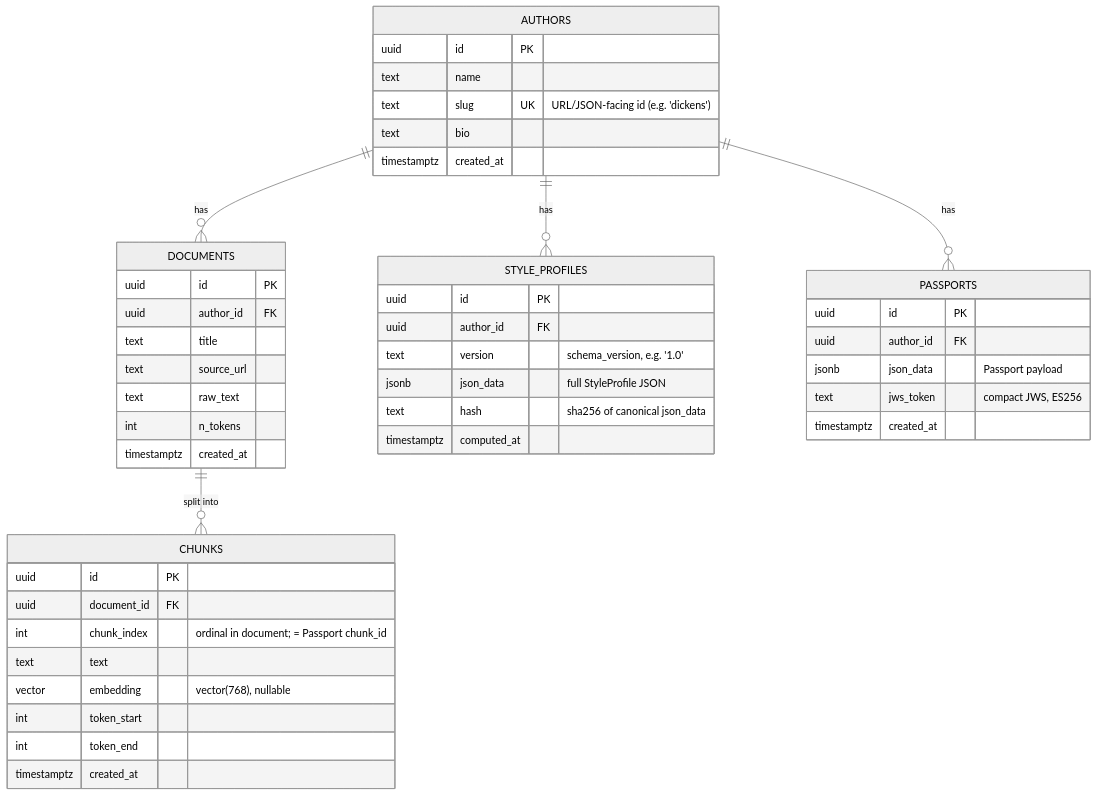
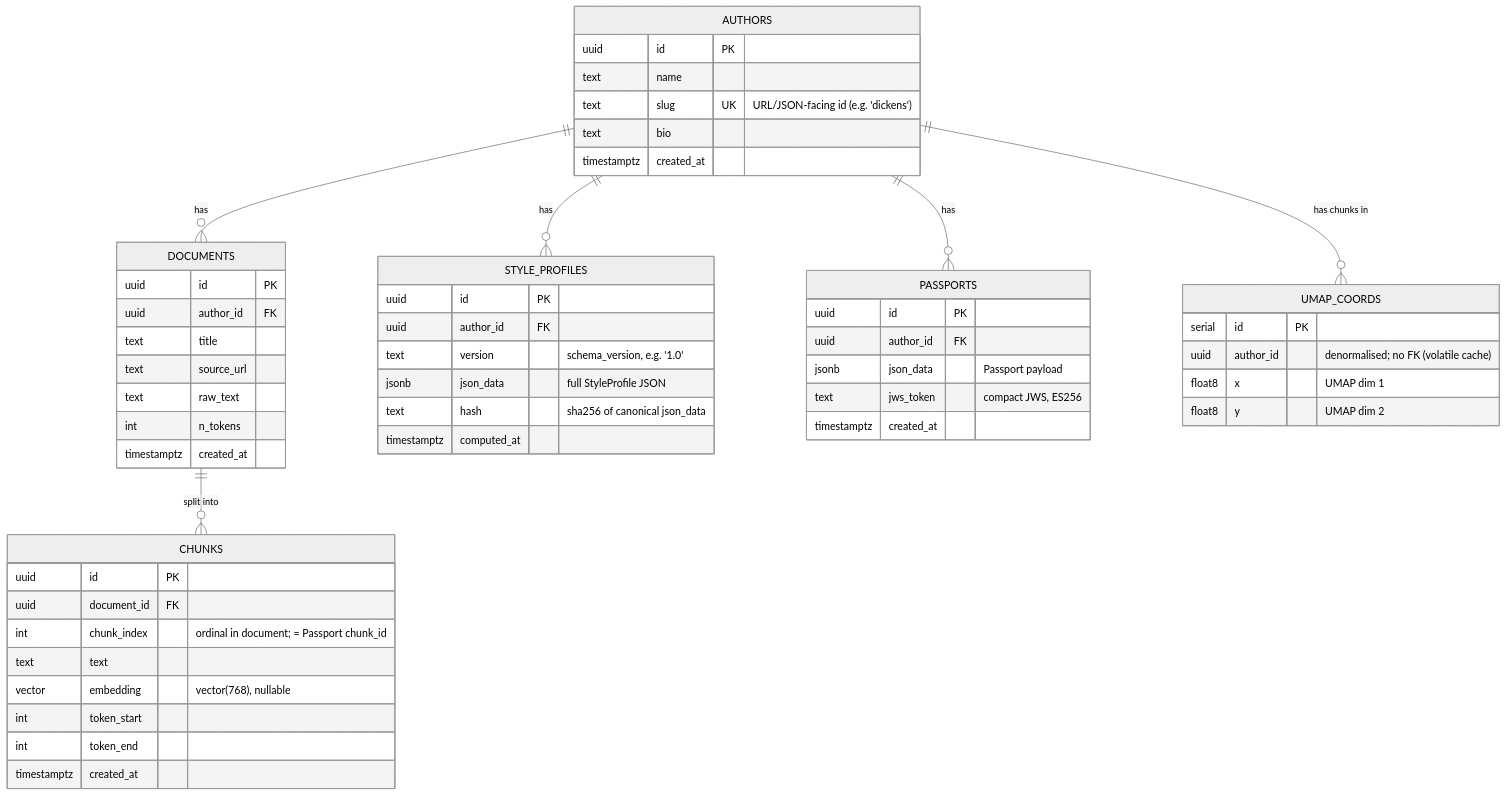
Before and after one commit to sergi-torres/AuthorAI: the diagram in docs/erd.md, drawn with Mermaid (neutral theme). The commit also changed other lines of this file and 4 other files, not shown here.

````diff
--- a/docs/erd.md
+++ b/docs/erd.md
@@ -34,53 +36,61 @@
 ```mermaid
 erDiagram
     AUTHORS ||--o{ DOCUMENTS       : "has"
     AUTHORS ||--o{ STYLE_PROFILES  : "has"
     AUTHORS ||--o{ PASSPORTS       : "has"
     DOCUMENTS ||--o{ CHUNKS        : "split into"
+    AUTHORS ||--o{ UMAP_COORDS     : "has chunks in"
 
     AUTHORS {
         uuid        id PK
         text        name
         text        slug UK "URL/JSON-facing id (e.g. 'dickens')"
         text        bio
         timestamptz created_at
     }
 
     DOCUMENTS {
         uuid        id PK
         uuid        author_id FK
         text        title
         text        source_url
         text        raw_text
         int         n_tokens
         timestamptz created_at
     }
 
     CHUNKS {
         uuid        id PK
         uuid        document_id FK
         int         chunk_index "ordinal in document; = Passport chunk_id"
         text        text
         vector      embedding "vector(768), nullable"
         int         token_start
         int         token_end
         timestamptz created_at
     }
 
     STYLE_PROFILES {
         uuid        id PK
         uuid        author_id FK
         text        version "schema_version, e.g. '1.0'"
         jsonb       json_data "full StyleProfile JSON"
         text        hash "sha256 of canonical json_data"
         timestamptz computed_at
     }
 
     PASSPORTS {
         uuid        id PK
         uuid        author_id FK
         jsonb       json_data "Passport payload"
         text        jws_token "compact JWS, ES256"
         timestamptz created_at
     }
+
+    UMAP_COORDS {
+        serial      id PK
+        uuid        author_id "denormalised; no FK (volatile cache)"
+        float8      x "UMAP dim 1"
+        float8      y "UMAP dim 2"
+    }
 ```
````
